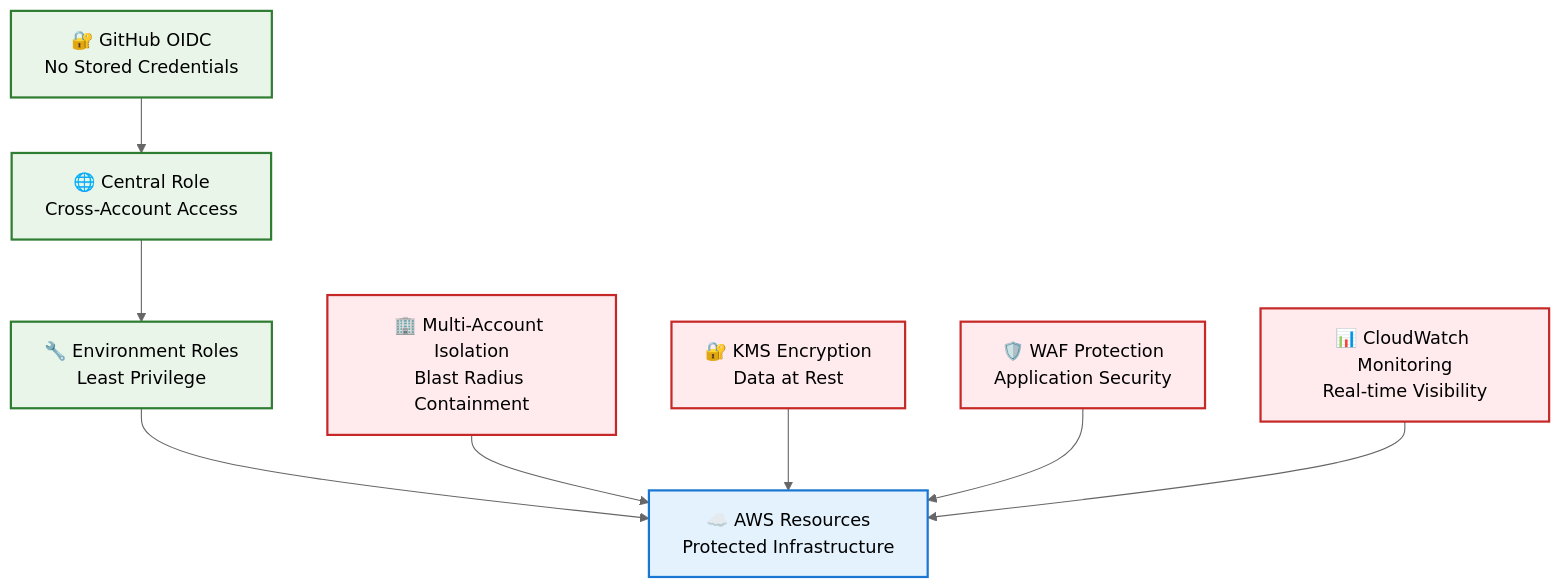
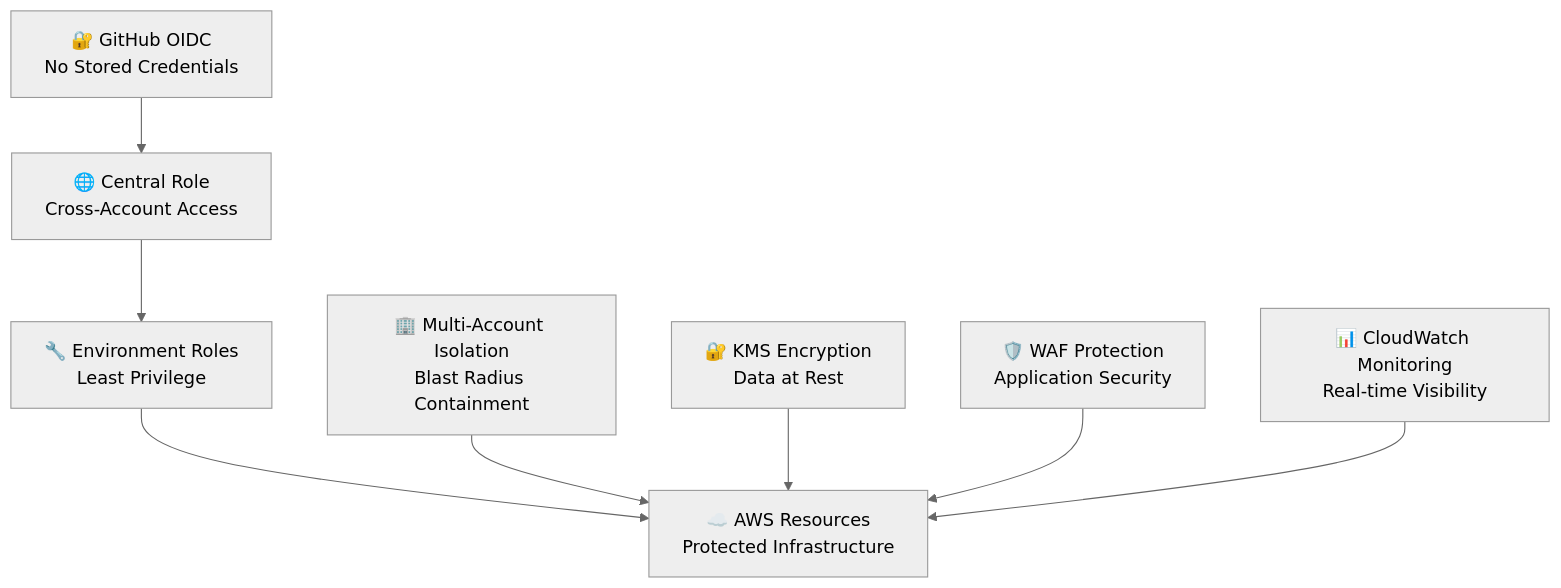
The first of 2 diagrams in SECURITY.md (Celtikill/static-site), drawn with Mermaid (neutral theme) before and after one commit. The commit also changed other lines of this file and 5 other files, not shown here.

````diff
--- a/SECURITY.md
+++ b/SECURITY.md
@@ -49,19 +49,11 @@
 ```mermaid
 graph TD
     A["🔐 GitHub OIDC<br/>No Stored Credentials"] --> B["🌐 Central Role<br/>Cross-Account Access"]
     B --> C["🔧 Environment Roles<br/>Least Privilege"]
     C --> D["☁️ AWS Resources<br/>Protected Infrastructure"]
 
     E["🏢 Multi-Account Isolation<br/>Blast Radius Containment"] --> D
     F["🔐 KMS Encryption<br/>Data at Rest"] --> D
     G["🛡️ WAF Protection<br/>Application Security"] --> D
     H["📊 CloudWatch Monitoring<br/>Real-time Visibility"] --> D
-
-    classDef authStyle fill:#e8f5e8,stroke:#2e7d32,stroke-width:2px
-    classDef securityStyle fill:#ffebee,stroke:#c62828,stroke-width:2px
-    classDef resourceStyle fill:#e3f2fd,stroke:#1976d2,stroke-width:2px
-
-    class A,B,C authStyle
-    class E,F,G,H securityStyle
-    class D resourceStyle
 ```
````
